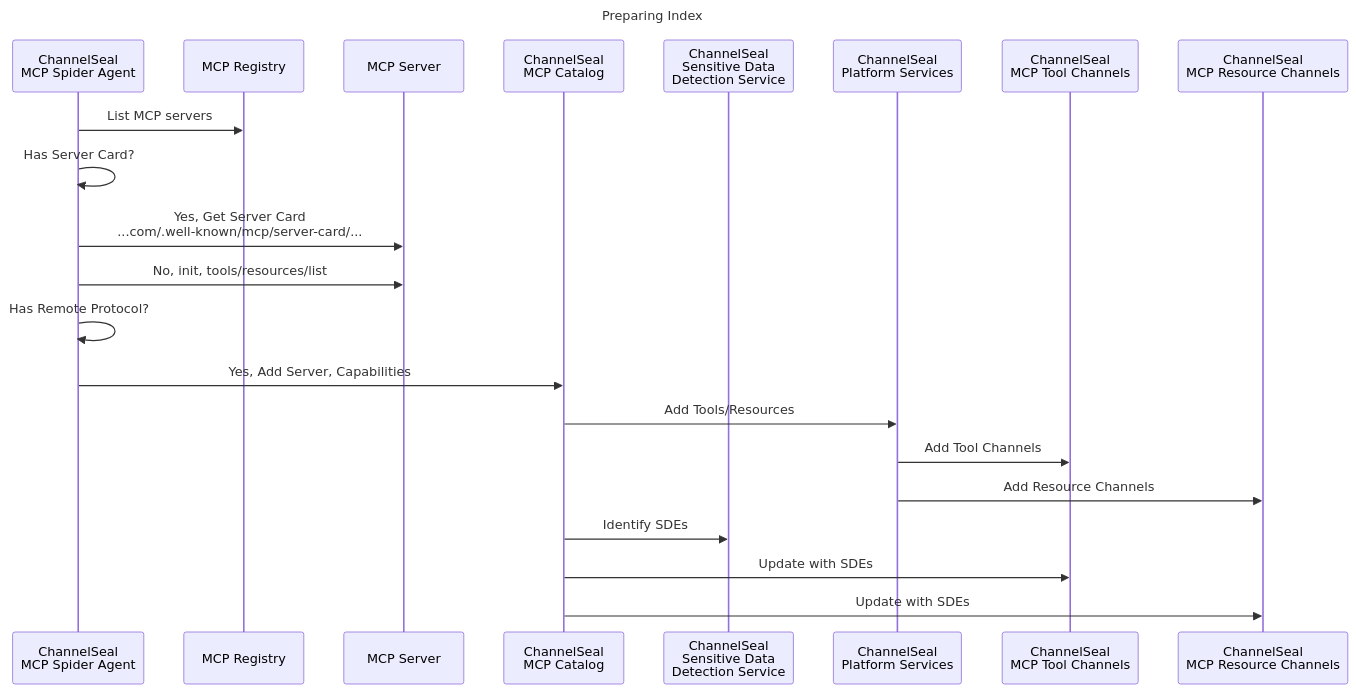
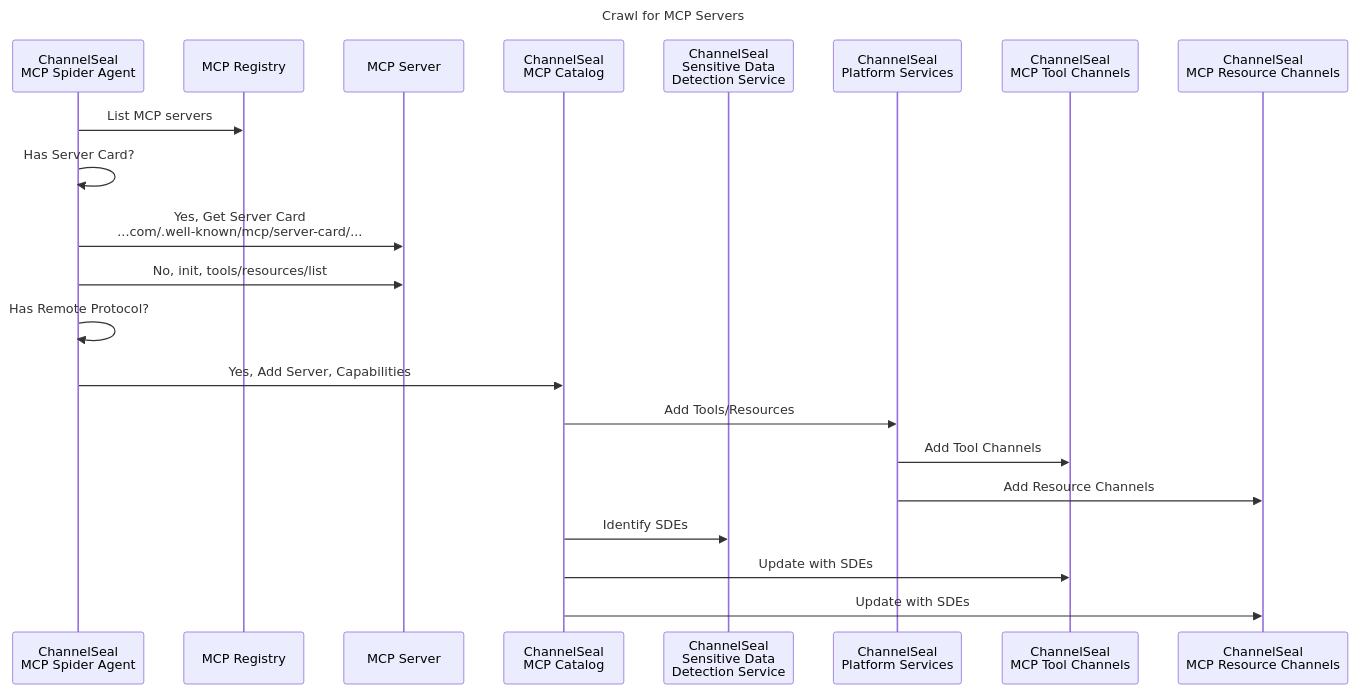
One commit to sdatapix/tinkering changed the fifth of 7 diagrams in mcp/mcp-index/README.md. Above: the diagram before and after it, drawn with Mermaid. The commit also changed other lines of this file, not shown here.

````diff
--- a/mcp/mcp-index/README.md
+++ b/mcp/mcp-index/README.md
@@ -199,29 +353,29 @@
 ```mermaid
 ---
-title: Preparing Index
+title: Crawl for MCP Servers
 ---
 sequenceDiagram
 
 participant CSA as ChannelSeal <br>MCP Spider Agent
 participant MR as MCP Registry
 participant MS as MCP Server
 participant CMC as ChannelSeal <br>MCP Catalog
 participant CSDS as ChannelSeal <br>Sensitive Data <br>Detection Service
 participant CPS as ChannelSeal <br>Platform Services
 participant CMTC as ChannelSeal <br>MCP Tool Channels
 participant CMRC as ChannelSeal <br>MCP Resource Channels
 
 CSA->>MR: List MCP servers
 CSA->>CSA: Has Server Card?
 CSA->>MS: Yes, Get Server Card <br>...com/.well-known/mcp/server-card/...
 CSA->>MS: No, init, tools/resources/list
 CSA->>CSA: Has Remote Protocol?
 CSA->>CMC: Yes, Add Server, Capabilities
 CMC->>CPS: Add Tools/Resources
 CPS->>CMTC: Add Tool Channels
 CPS->>CMRC: Add Resource Channels
 CMC->>CSDS: Identify SDEs
 CMC->>CMTC: Update with SDEs
 CMC->>CMRC: Update with SDEs
 
 ```
````
